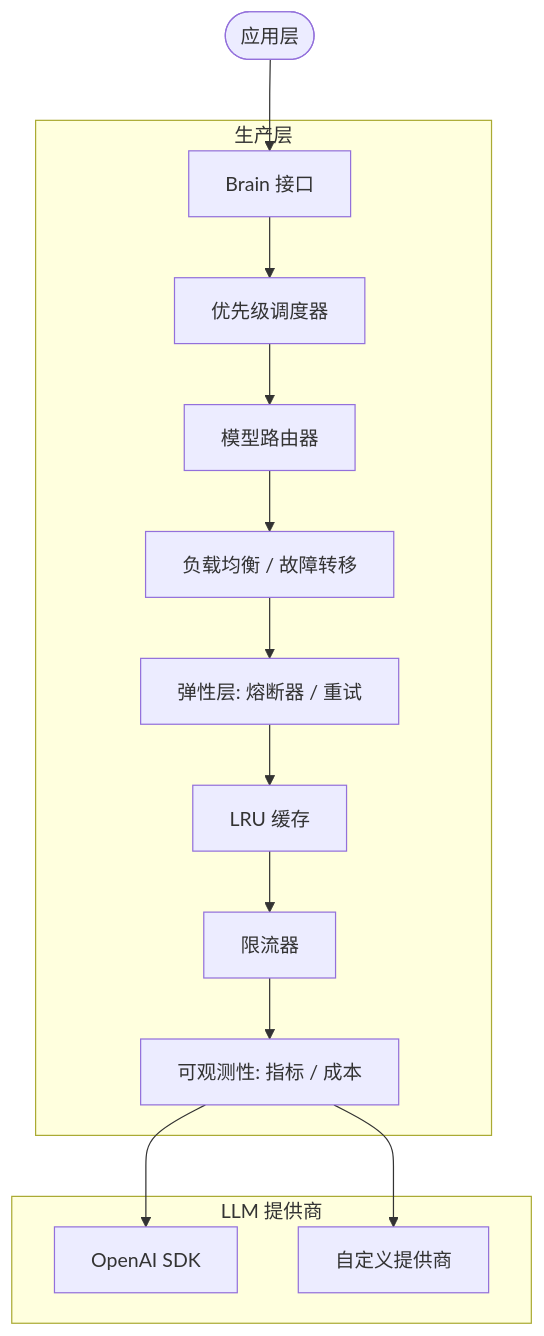
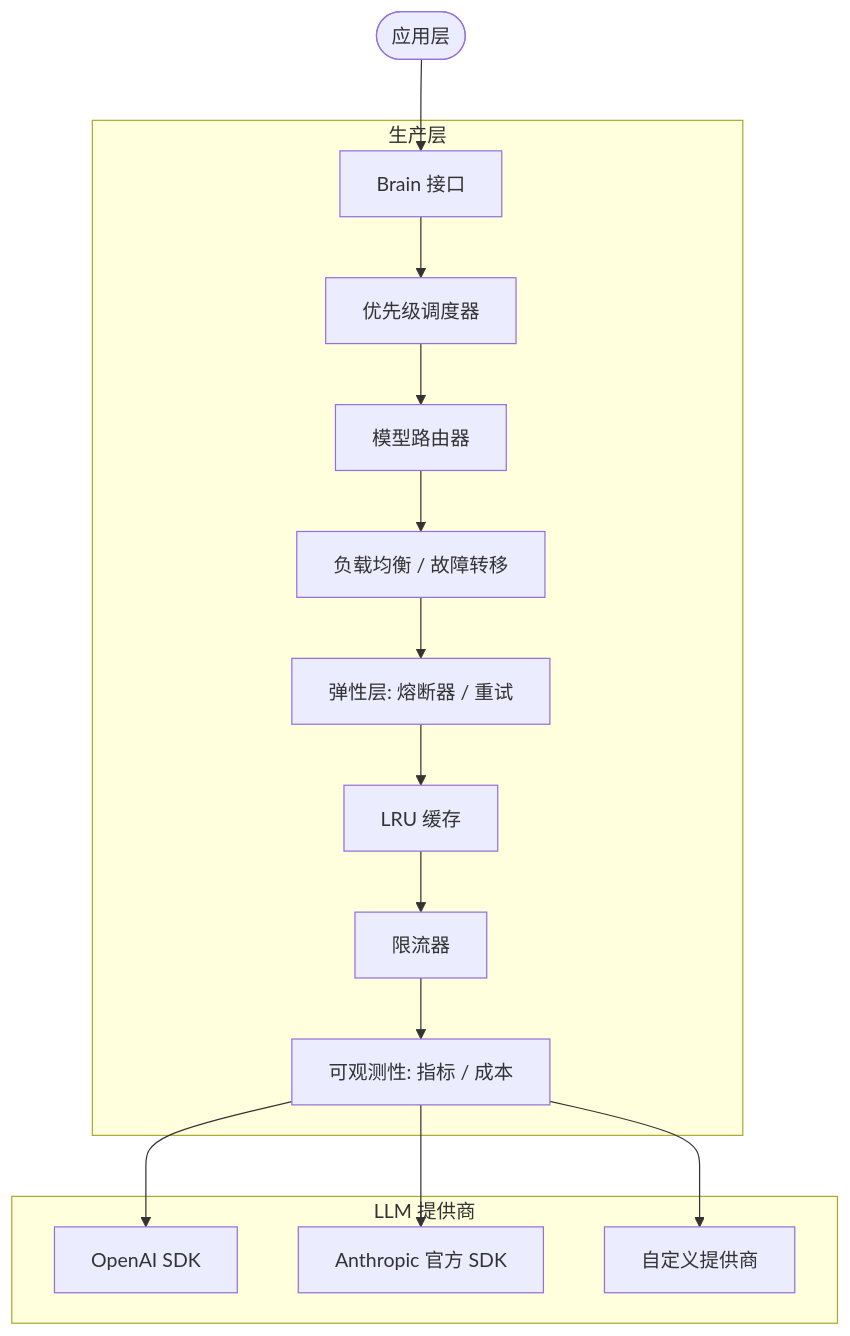
Before and after one commit to aaronwong1989/hotplex: the diagram in brain/README_zh.md, drawn with Mermaid. The commit also changed other lines of this file, not shown here.

Commit message:
docs(brain): update chinese readme with anthropic sdk and configuration priority details

````diff
--- a/brain/README_zh.md
+++ b/brain/README_zh.md
@@ -11,19 +11,20 @@
 ```mermaid
 graph TD
     User([应用层]) --> Inter[Brain 接口]
 
     subgraph Layers [生产层]
         Inter --> Priority[优先级调度器]
         Priority --> Router[模型路由器]
         Router --> Balancer[负载均衡 / 故障转移]
         Balancer --> Resil[弹性层: 熔断器 / 重试]
         Resil --> Cache[LRU 缓存]
         Cache --> RL[限流器]
         RL --> Obs[可观测性: 指标 / 成本]
     end
 
     subgraph Providers [LLM 提供商]
         Obs --> OpenAI[OpenAI SDK]
+        Obs --> Anthropic[Anthropic 官方 SDK]
         Obs --> Custom[自定义提供商]
     end
 ```
````
